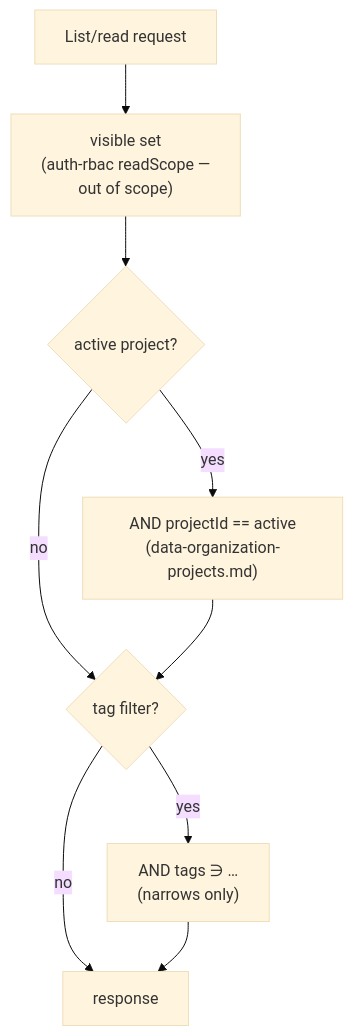
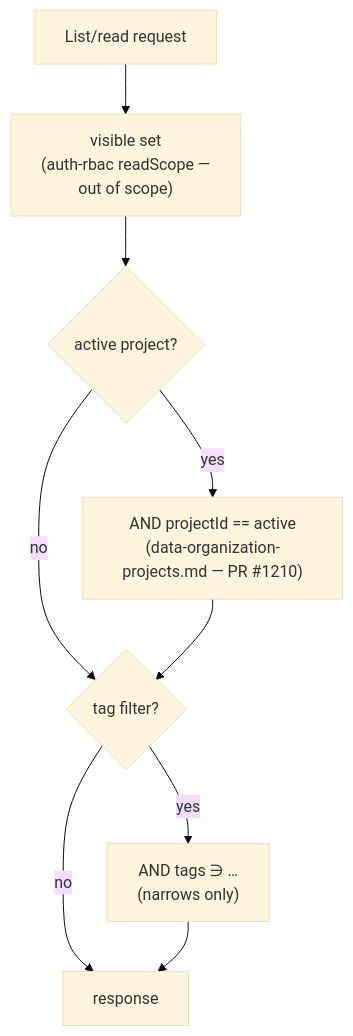
Before and after one commit to Gile987/scope: the second of 3 diagrams in docs/architecture/data-tags.md, drawn with Mermaid (base theme). The commit also changed other lines of this file, not shown here.

Commit message:
docs: replace broken data-organization-projects.md links with PR #1210 URL

````diff
--- a/docs/architecture/data-tags.md
+++ b/docs/architecture/data-tags.md
@@ -120,11 +120,11 @@
 ```mermaid
 flowchart TB
     Q["List/read request"] --> V["visible set<br/>(auth-rbac readScope —<br/>out of scope)"]
     V --> P{"active project?"}
-    P -- yes --> PN["AND projectId == active<br/>(data-organization-projects.md)"]
+    P -- yes --> PN["AND projectId == active<br/>(data-organization-projects.md — PR #1210)"]
     P -- no --> T{"tag filter?"}
     PN --> T
     T -- yes --> TF["AND tags ∋ …<br/>(narrows only)"]
     T -- no --> OUT["response"]
     TF --> OUT
 ```
````
